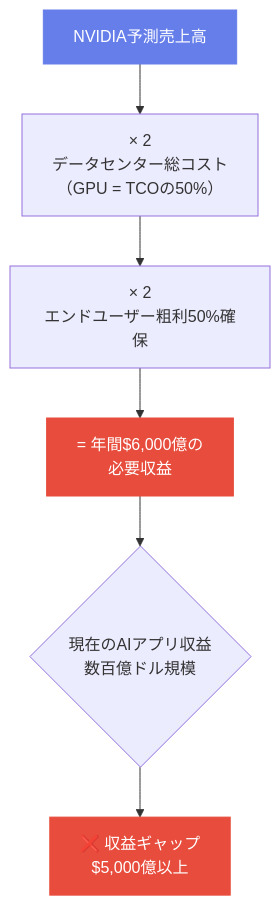
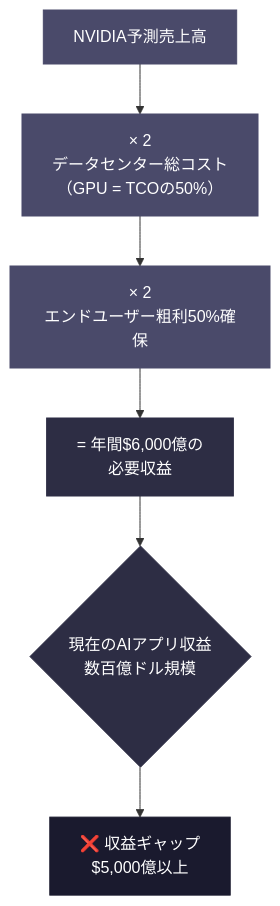
The second of 10 diagrams in docs/jp/saas-is-dead_JP.md (Leading-AI-IO/saas-is-dead-the-next-ai-business-model), drawn with Mermaid before and after one commit. The commit also changed other lines of this file, not shown here.

````diff
--- a/docs/jp/saas-is-dead_JP.md
+++ b/docs/jp/saas-is-dead_JP.md
@@ -164,12 +166,15 @@
 ```mermaid
 flowchart TD
     A["NVIDIA予測売上高"] --> B["× 2\nデータセンター総コスト\n（GPU = TCOの50%）"]
     B --> C["× 2\nエンドユーザー粗利50%確保"]
     C --> D["= 年間$6,000億の\n必要収益"]
     D --> E{"現在のAIアプリ収益\n数百億ドル規模"}
     E --> F["❌ 収益ギャップ\n$5,000億以上"]
 
-    style A fill:#667eea,stroke:#667eea,color:#fff
-    style D fill:#e74c3c,stroke:#e74c3c,color:#fff
-    style F fill:#e74c3c,stroke:#e74c3c,color:#fff
+    style A fill:#4a4a6a,stroke:#4a4a6a,color:#fff
+    style B fill:#4a4a6a,stroke:#4a4a6a,color:#fff
+    style C fill:#4a4a6a,stroke:#4a4a6a,color:#fff
+    style D fill:#2d2d44,stroke:#2d2d44,color:#fff
+    style E fill:#2d2d44,stroke:#2d2d44,color:#fff
+    style F fill:#1a1a2e,stroke:#1a1a2e,color:#fff
 ```
````
